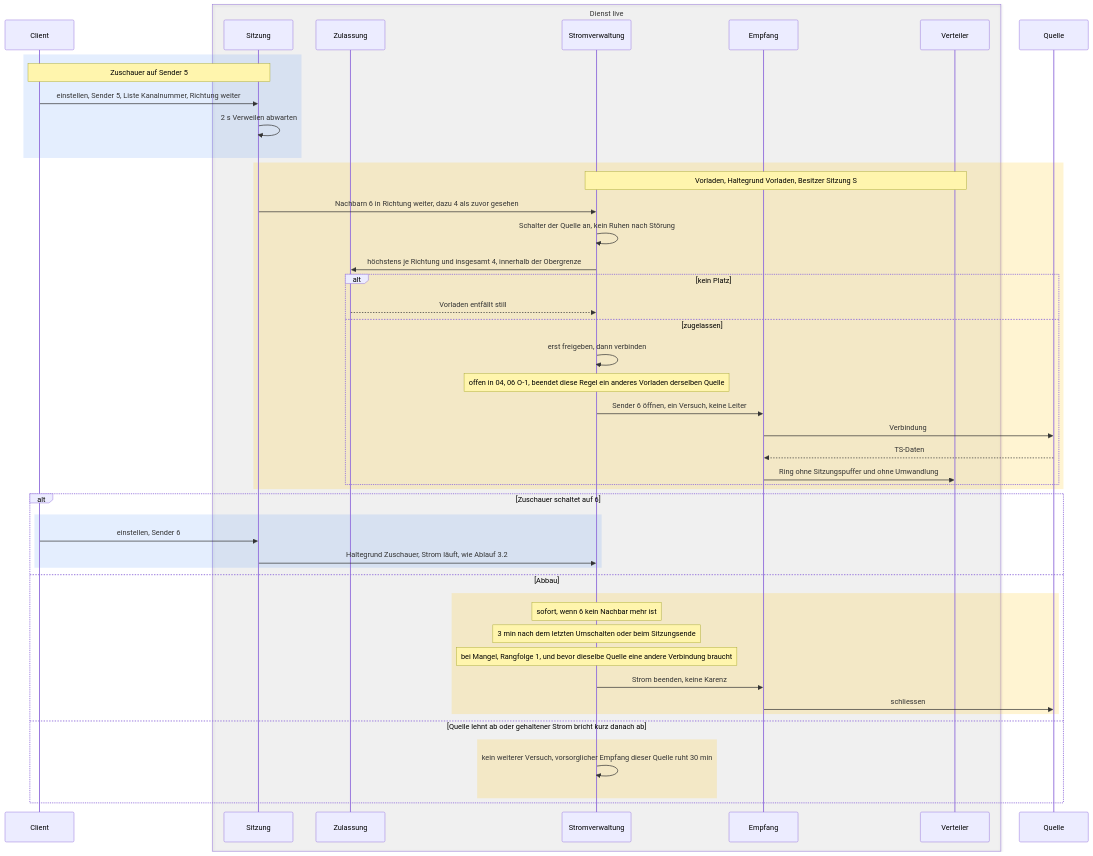
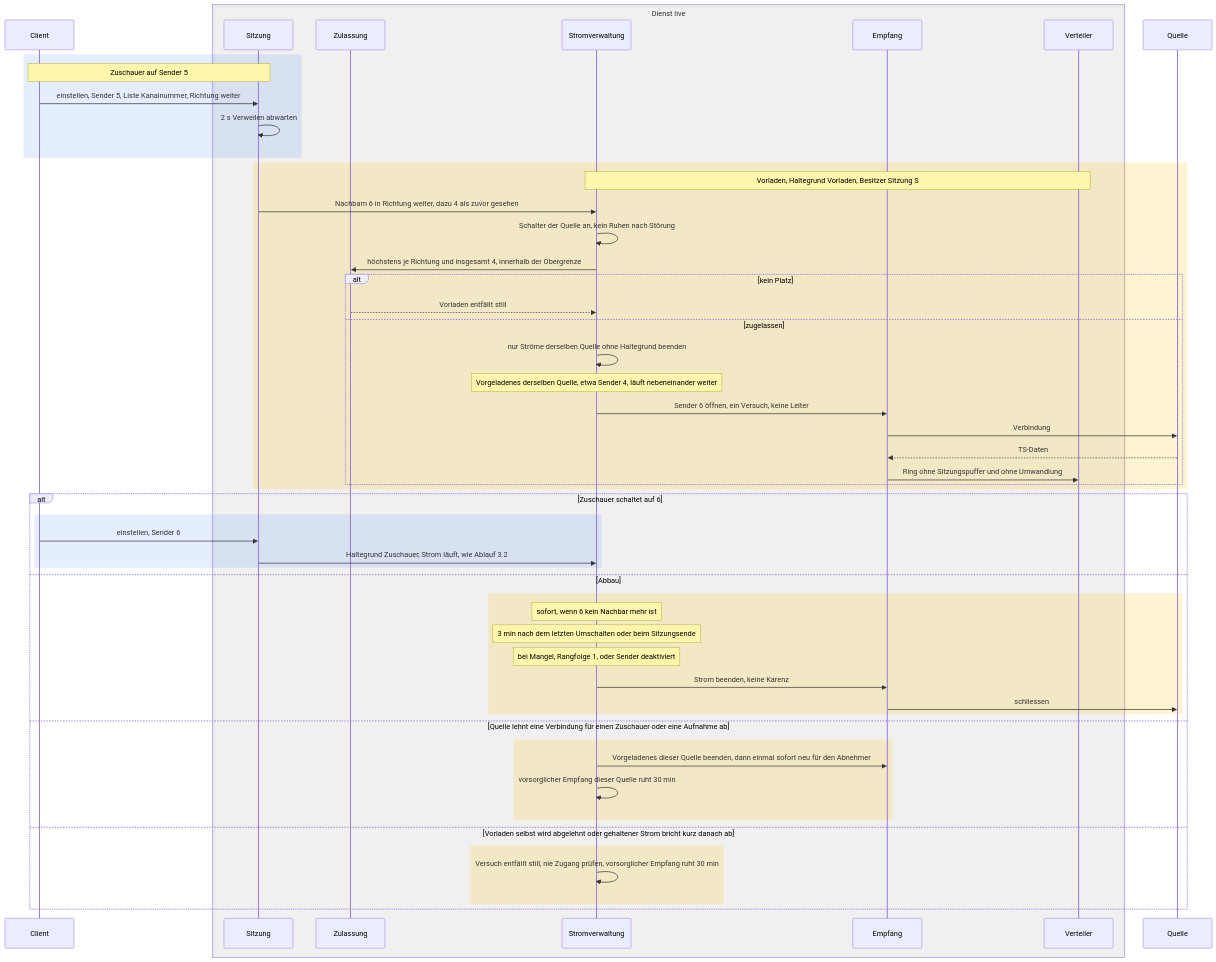
Diagram 21 of 22 in docs/planning/28-live-tv/06-ablaeufe.md (SlouchCat/slouchcat), drawn with Mermaid before and after one commit. The commit also changed other lines of this file, not shown here.

Commit message:
docs(planning): concept 28 live TV, flows after consolidation 1

````diff
--- a/docs/planning/28-live-tv/06-ablaeufe.md
+++ b/docs/planning/28-live-tv/06-ablaeufe.md
@@ -1444,52 +1531,57 @@
 ```mermaid
 sequenceDiagram
   participant CL as Client
   box rgba(128,128,128,0.08) Dienst live
     participant SES as Sitzung
     participant ZUL as Zulassung
     participant STR as Stromverwaltung
     participant EMP as Empfang
     participant VT as Verteiler
   end
   participant Q as Quelle
 
   rect rgba(66,135,245,0.14)
     Note over CL,SES: Zuschauer auf Sender 5
     CL->>SES: einstellen, Sender 5, Liste Kanalnummer, Richtung weiter
     SES->>SES: 2 s Verweilen abwarten
   end
   rect rgba(255,193,7,0.18)
     Note over STR,VT: Vorladen, Haltegrund Vorladen, Besitzer Sitzung S
     SES->>STR: Nachbarn 6 in Richtung weiter, dazu 4 als zuvor gesehen
     STR->>STR: Schalter der Quelle an, kein Ruhen nach Störung
     STR->>ZUL: höchstens je Richtung und insgesamt 4, innerhalb der Obergrenze
     alt kein Platz
       ZUL-->>STR: Vorladen entfällt still
     else zugelassen
-      STR->>STR: erst freigeben, dann verbinden
-      Note over STR: offen in 04, 06 O-1, beendet diese Regel ein anderes Vorladen derselben Quelle
+      STR->>STR: nur Ströme derselben Quelle ohne Haltegrund beenden
+      Note over STR: Vorgeladenes derselben Quelle, etwa Sender 4, läuft nebeneinander weiter
       STR->>EMP: Sender 6 öffnen, ein Versuch, keine Leiter
       EMP->>Q: Verbindung
       Q-->>EMP: TS-Daten
       EMP->>VT: Ring ohne Sitzungspuffer und ohne Umwandlung
     end
   end
   alt Zuschauer schaltet auf 6
     rect rgba(66,135,245,0.14)
       CL->>SES: einstellen, Sender 6
       SES->>STR: Haltegrund Zuschauer, Strom läuft, wie Ablauf 3.2
     end
   else Abbau
     rect rgba(255,193,7,0.18)
       Note over STR: sofort, wenn 6 kein Nachbar mehr ist
       Note over STR: 3 min nach dem letzten Umschalten oder beim Sitzungsende
-      Note over STR: bei Mangel, Rangfolge 1, und bevor dieselbe Quelle eine andere Verbindung braucht
+      Note over STR: bei Mangel, Rangfolge 1, oder Sender deaktiviert
       STR->>EMP: Strom beenden, keine Karenz
       EMP->>Q: schliessen
     end
-  else Quelle lehnt ab oder gehaltener Strom bricht kurz danach ab
+  else Quelle lehnt eine Verbindung für einen Zuschauer oder eine Aufnahme ab
     rect rgba(255,193,7,0.18)
-      STR->>STR: kein weiterer Versuch, vorsorglicher Empfang dieser Quelle ruht 30 min
+      STR->>EMP: Vorgeladenes dieser Quelle beenden, dann einmal sofort neu für den Abnehmer
+      STR->>STR: vorsorglicher Empfang dieser Quelle ruht 30 min
+    end
+  else Vorladen selbst wird abgelehnt oder gehaltener Strom bricht kurz danach ab
+    rect rgba(255,193,7,0.18)
+      STR->>STR: Versuch entfällt still, nie Zugang prüfen, vorsorglicher Empfang ruht 30 min
     end
   end
 ```
````
